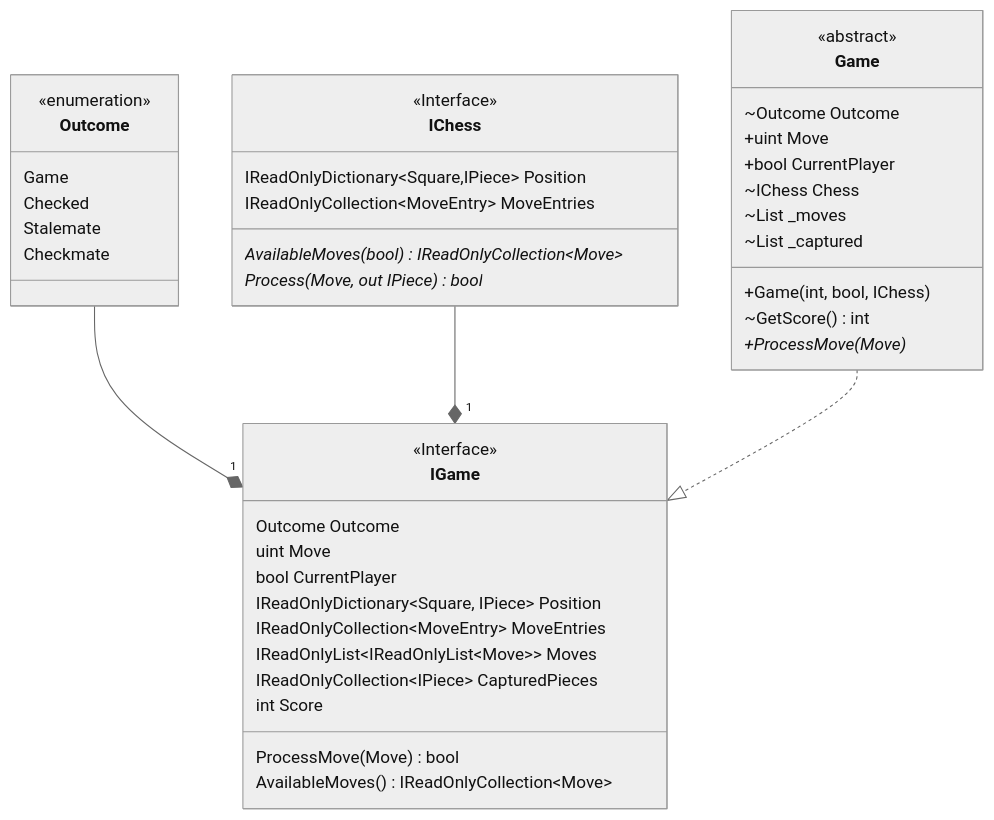
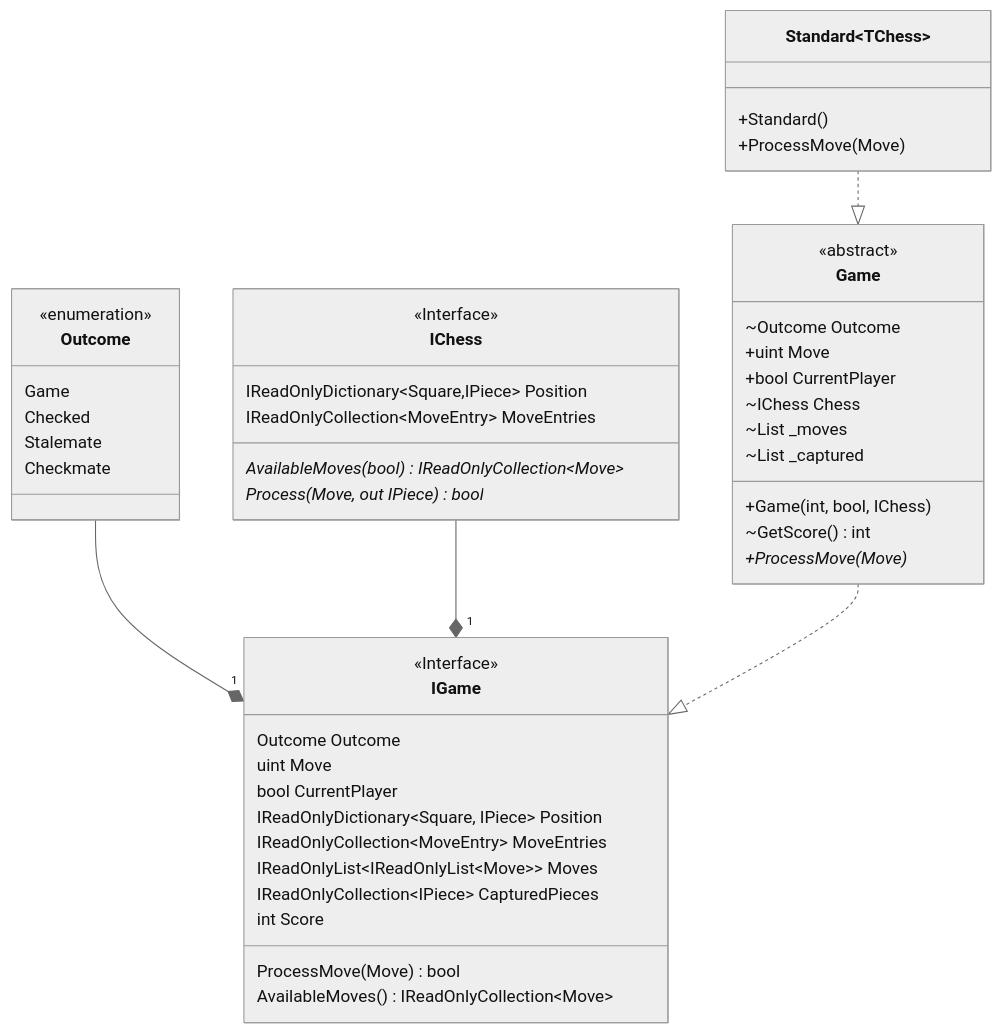
Before and after one commit to JeanLColombo/Mate: diagram 12 of 17 in README.md, drawn with Mermaid (neutral theme). The commit also changed 3 other files, not shown here.

Commit message:
Implementend Standard Game

````diff
--- a/README.md
+++ b/README.md
@@ -235,45 +235,50 @@
 ```mermaid
     classDiagram
     class Outcome{
         <<enumeration>>
         Game
         Checked
         Stalemate
         Checkmate
     }
     class IChess{
         <<Interface>>
         IReadOnlyDictionary~Square,IPiece~ Position
         IReadOnlyCollection~MoveEntry~ MoveEntries
         AvailableMoves(bool)* IReadOnlyCollection~Move~
         Process(Move, out IPiece)* bool
     }
     class IGame{
         <<Interface>>
         Outcome Outcome
         uint Move
         bool CurrentPlayer
         IReadOnlyDictionary~Square, IPiece~ Position
         IReadOnlyCollection~MoveEntry~ MoveEntries
         IReadOnlyList~IReadOnlyList~Move~~ Moves
         IReadOnlyCollection~IPiece~ CapturedPieces
         int Score
         ProcessMove(Move) bool
         AvailableMoves() IReadOnlyCollection~Move~
     }
     class Game{
         <<abstract>>
         ~Outcome Outcome
         +uint Move
         +bool CurrentPlayer
         ~IChess Chess
         ~List _moves
         ~List _captured
         +Game(int, bool, IChess)
         ~GetScore() int
         +ProcessMove(Move)*
     }
+    class Standard~TChess~{
+        +Standard()
+        +ProcessMove(Move)
+    }
     Outcome --* "1" IGame
     IChess --* "1" IGame
     Game ..|> IGame
+    Standard~TChess~ ..|> Game
 ```
````
